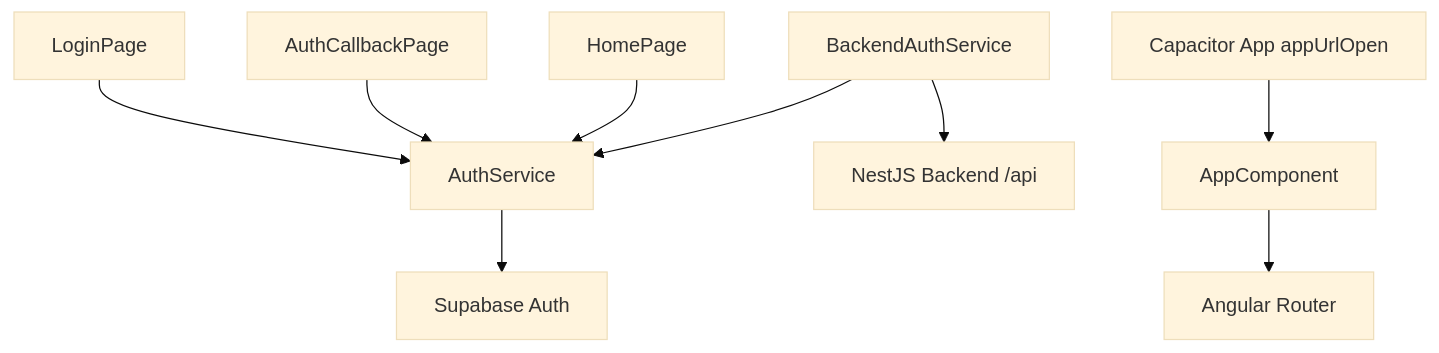
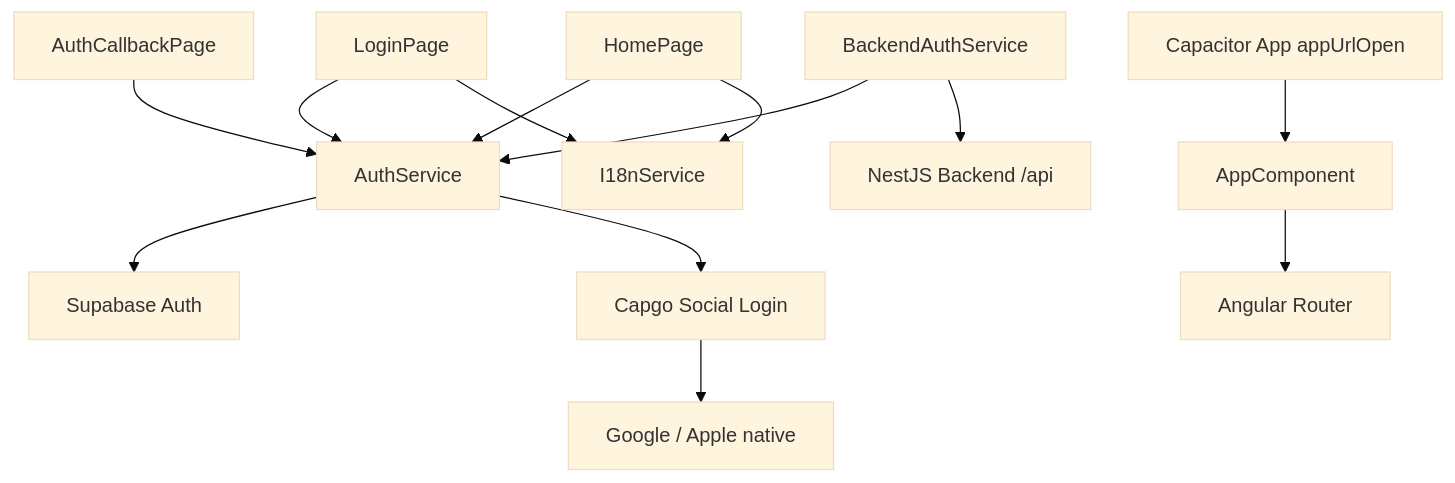
One commit to MENORCA-AI-AGENT/frontend-ai changed the first of 4 diagrams in docs/architecture.md. Above: the diagram before and after it, drawn with Mermaid (base theme). The commit also changed other lines of this file and 40 other files, not shown here.

Commit message:
feat: add native auth design and device i18n

````diff
--- a/docs/architecture.md
+++ b/docs/architecture.md
@@ -18,11 +20,15 @@
 ```mermaid
 flowchart TD
   Login["LoginPage"] --> AuthService["AuthService"]
+  Login --> I18n["I18nService"]
   Callback["AuthCallbackPage"] --> AuthService
   Home["HomePage"] --> AuthService
+  Home --> I18n
   BackendAuth["BackendAuthService"] --> AuthService
   AuthService --> Supabase["Supabase Auth"]
   BackendAuth --> Backend["NestJS Backend /api"]
   AppComponent["AppComponent"] --> Router["Angular Router"]
   Native["Capacitor App appUrlOpen"] --> AppComponent
+  AuthService --> SocialLogin["Capgo Social Login"]
+  SocialLogin --> Providers["Google / Apple native"]
 ```
````
